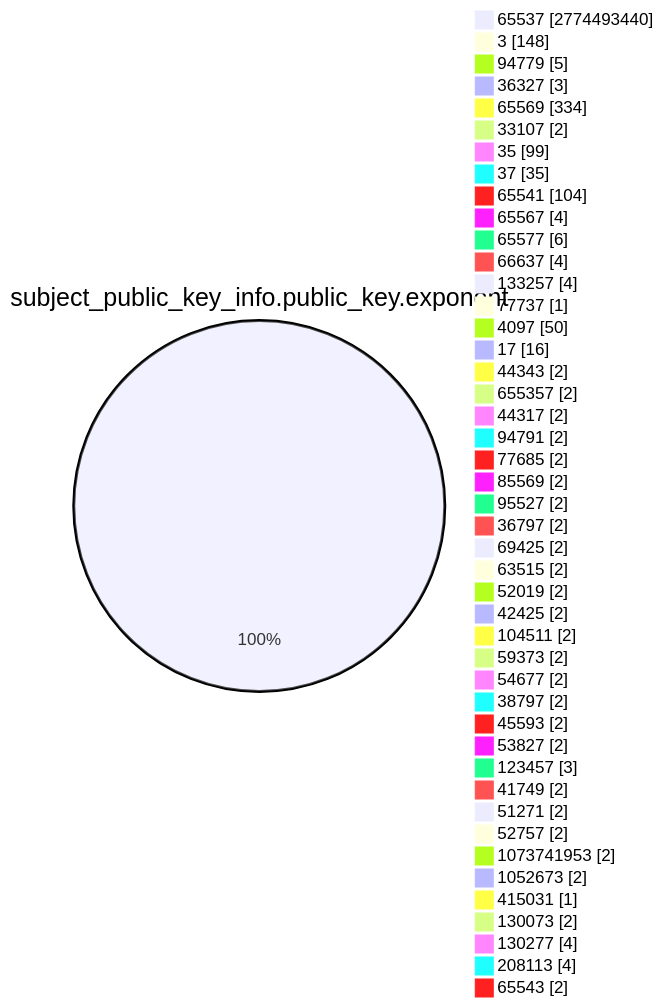
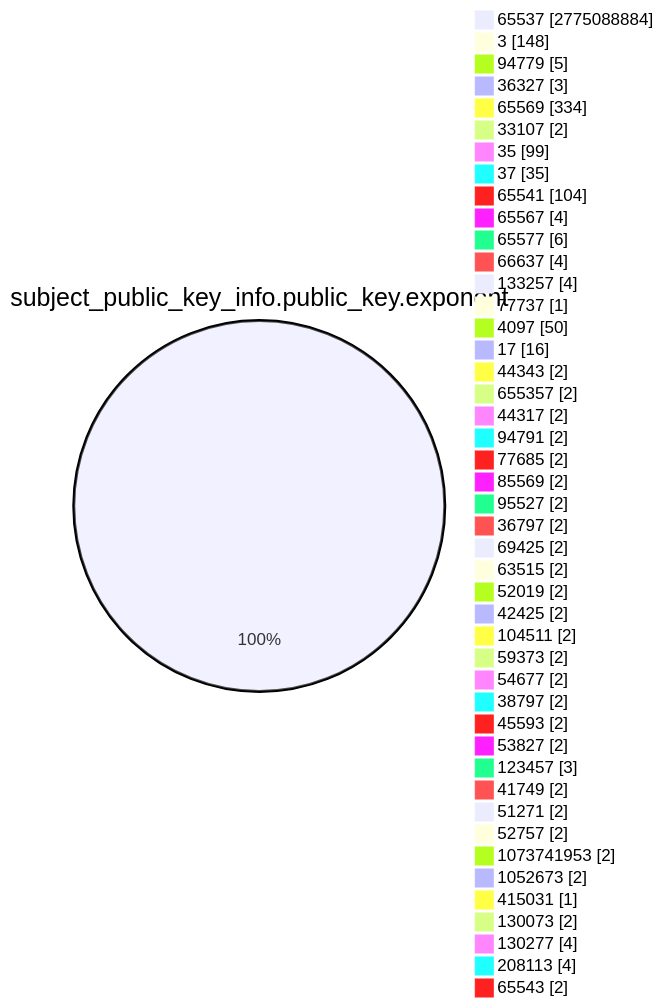
One commit to christiankrug/ctmonitor_visualization changed the fourth of 15 diagrams in TOTAL/README.md. Above: the diagram before and after it, drawn with Mermaid. The commit also changed other lines of this file, not shown here.

````diff
--- a/TOTAL/README.md
+++ b/TOTAL/README.md
@@ -1467,49 +1467,49 @@
 ```mermaid
 pie showData
 title subject_public_key_info.public_key.exponent
-"65537" :2774493440
+"65537" :2775088884
 "3" :148
 "94779" :5
 "36327" :3
 "65569" :334
 "33107" :2
 "35" :99
 "37" :35
 "65541" :104
 "65567" :4
 "65577" :6
 "66637" :4
 "133257" :4
 "77737" :1
 "4097" :50
 "17" :16
 "44343" :2
 "655357" :2
 "44317" :2
 "94791" :2
 "77685" :2
 "85569" :2
 "95527" :2
 "36797" :2
 "69425" :2
 "63515" :2
 "52019" :2
 "42425" :2
 "104511" :2
 "59373" :2
 "54677" :2
 "38797" :2
 "45593" :2
 "53827" :2
 "123457" :3
 "41749" :2
 "51271" :2
 "52757" :2
 "1073741953" :2
 "1052673" :2
 "415031" :1
 "130073" :2
 "130277" :4
 "208113" :4
 "65543" :2
 ```
````
